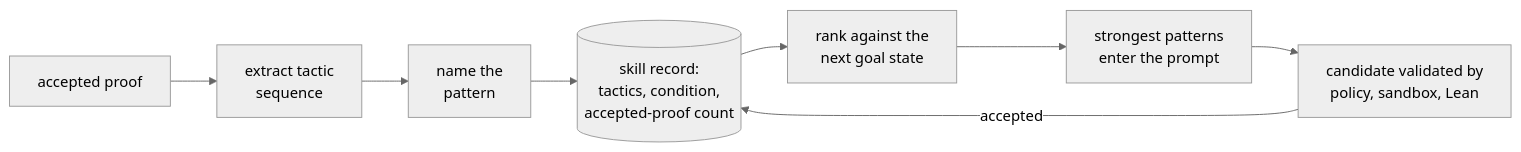
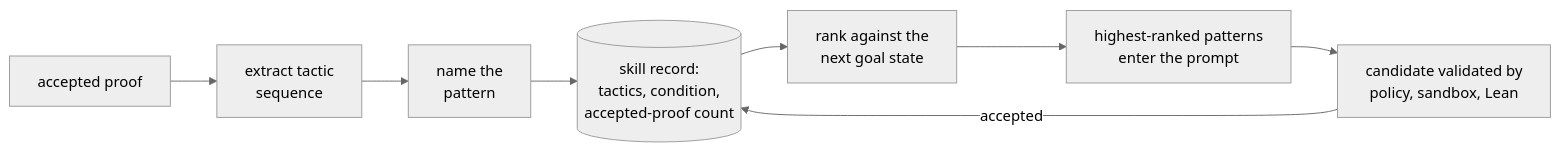
The second of 2 diagrams in docs/explanation/research-loop.md (LeonardAukea/autolean), drawn with Mermaid (neutral theme) before and after one commit. The commit also changed other lines of this file and 16 other files, not shown here.

````diff
--- a/docs/explanation/research-loop.md
+++ b/docs/explanation/research-loop.md
@@ -116,10 +116,10 @@
 ```mermaid
 flowchart LR
     accepted["accepted proof"] --> extract["extract tactic<br/>sequence"]
     extract --> classify["name the<br/>pattern"]
     classify --> store[("skill record:<br/>tactics, condition,<br/>accepted-proof count")]
     store --> rank["rank against the<br/>next goal state"]
-    rank --> inject["strongest patterns<br/>enter the prompt"]
+    rank --> inject["highest-ranked patterns<br/>enter the prompt"]
     inject --> validate["candidate validated by<br/>policy, sandbox, Lean"]
     validate -- "accepted" --> store
 ```
````
